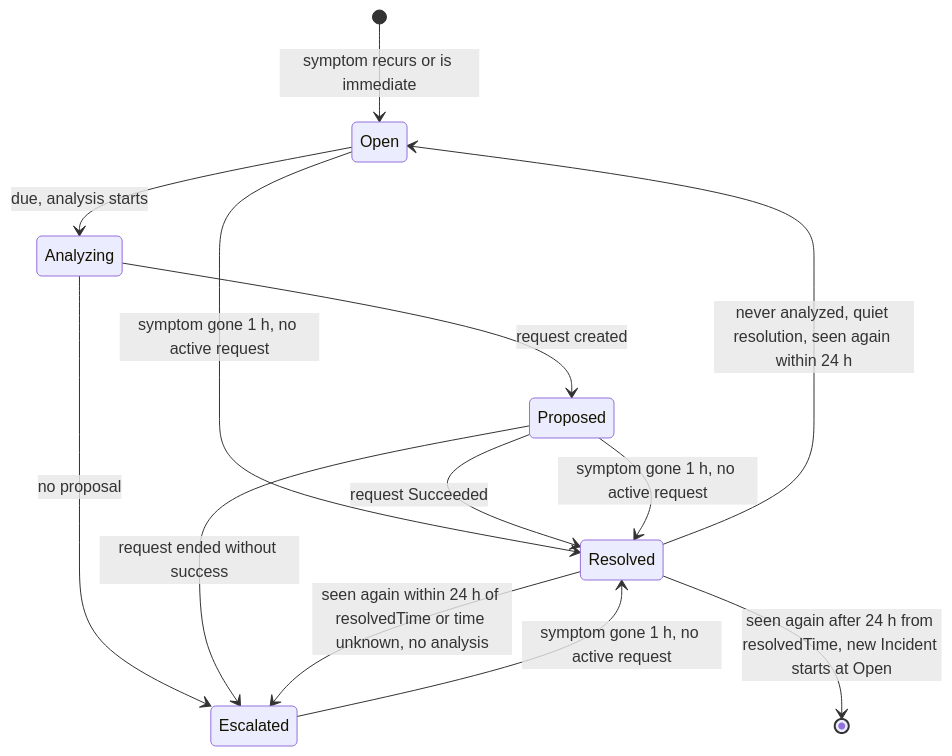
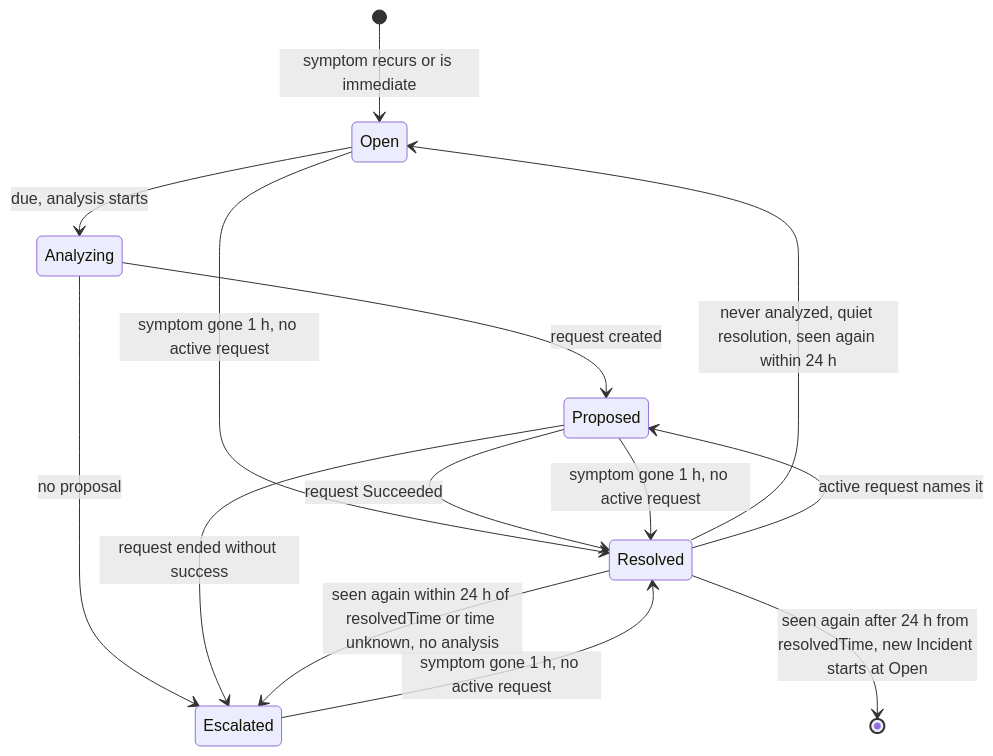
The first of 2 diagrams in docs/design/3-observation-and-deduplication.md (pkalin/shadewright), drawn with Mermaid before and after one commit. The commit also changed other lines of this file and 6 other files, not shown here.

````diff
--- a/docs/design/3-observation-and-deduplication.md
+++ b/docs/design/3-observation-and-deduplication.md
@@ -348,15 +349,16 @@
 ```mermaid
 stateDiagram-v2
     [*] --> Open: symptom recurs or is immediate
     Open --> Analyzing: due, analysis starts
     Analyzing --> Proposed: request created
     Analyzing --> Escalated: no proposal
     Open --> Resolved: symptom gone 1 h, no active request
     Proposed --> Resolved: request Succeeded
     Proposed --> Escalated: request ended without success
     Proposed --> Resolved: symptom gone 1 h, no active request
     Escalated --> Resolved: symptom gone 1 h, no active request
     Resolved --> Escalated: seen again within 24 h of resolvedTime or time unknown, no analysis
     Resolved --> Open: never analyzed, quiet resolution, seen again within 24 h
+    Resolved --> Proposed: active request names it
     Resolved --> [*]: seen again after 24 h from resolvedTime, new Incident starts at Open
 ```
````
